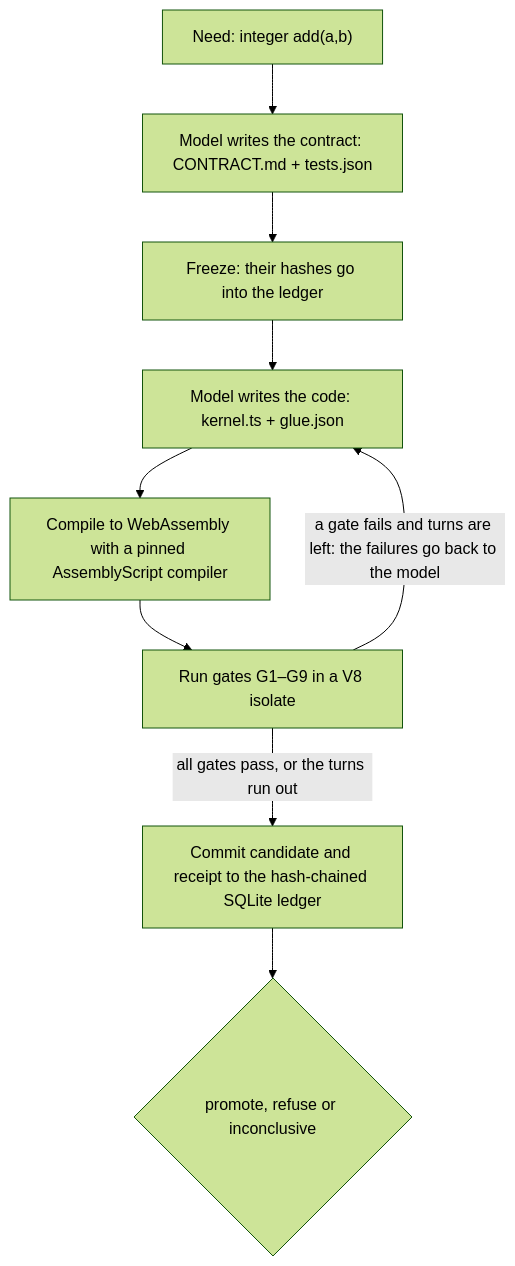
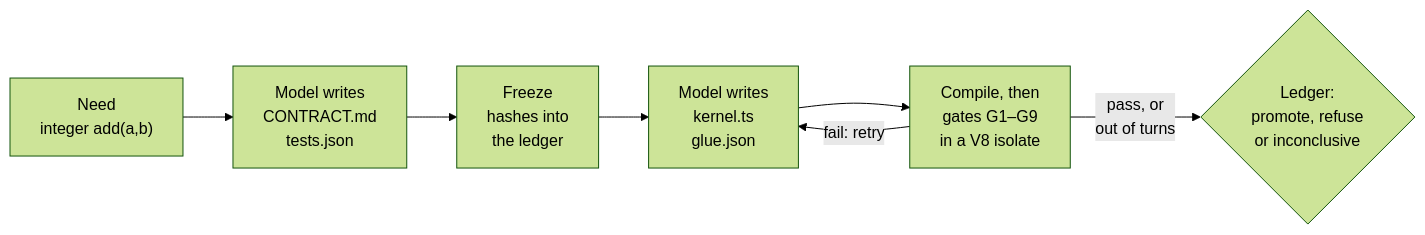
The diagram in README.md (Akilleez-QA/endoforge), drawn with Mermaid (forest theme) before and after one commit.

Commit message:
README: a shorter left-to-right diagram that fits the page width

````diff
--- a/README.md
+++ b/README.md
@@ -35,11 +35,9 @@
 ```mermaid
-flowchart TD
-  need["Need: integer add(a,b)"] --> spec["Model writes the contract: CONTRACT.md + tests.json"]
-  spec --> freeze["Freeze: their hashes go into the ledger"]
-  freeze --> impl["Model writes the code: kernel.ts + glue.json"]
-  impl --> compile["Compile to WebAssembly with a pinned AssemblyScript compiler"]
-  compile --> gates["Run gates G1–G9 in a V8 isolate"]
-  gates -- "a gate fails and turns are left: the failures go back to the model" --> impl
-  gates -- "all gates pass, or the turns run out" --> commit["Commit candidate and receipt to the hash-chained SQLite ledger"]
-  commit --> decision{"promote, refuse or inconclusive"}
+flowchart LR
+  need["Need<br/>integer add(a,b)"] --> spec["Model writes<br/>CONTRACT.md<br/>tests.json"]
+  spec --> freeze["Freeze<br/>hashes into<br/>the ledger"]
+  freeze --> impl["Model writes<br/>kernel.ts<br/>glue.json"]
+  impl --> gates["Compile, then<br/>gates G1–G9<br/>in a V8 isolate"]
+  gates -- "fail: retry" --> impl
+  gates -- "pass, or<br/>out of turns" --> decision{"Ledger:<br/>promote, refuse<br/>or inconclusive"}
 ```
````
